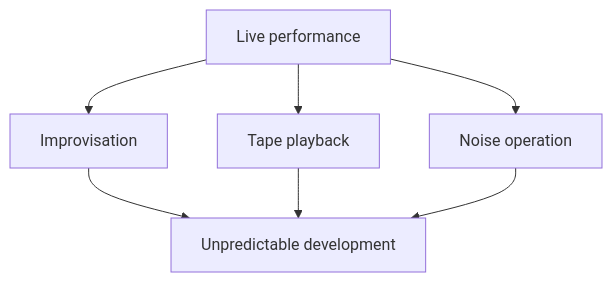
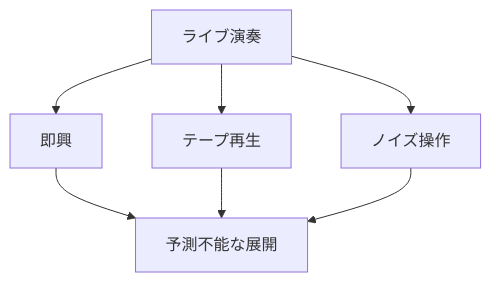
The sixth of 10 diagrams in en/_posts/2026-05-16-column-this-heat.md (monumental-movement/monumental-movement.github.io), drawn with Mermaid before and after one commit. The commit also changed other lines of this file and 2196 other files, not shown here.

```diff
--- a/en/_posts/2026-05-16-column-this-heat.md
+++ b/en/_posts/2026-05-16-column-this-heat.md
@@ -229,9 +229,9 @@
 <div class="mermaid">
 flowchart TD
-A["Live performance"] --> B["Improvisation"]
-A --> C["Tape playback"]
-A --> D["Noise operation"]
-B --> E["Unpredictable development"]
+A["ライブ演奏"] --> B["即興"]
+A --> C["テープ再生"]
+A --> D["ノイズ操作"]
+B --> E["予測不能な展開"]
 C --> E
 D --> E
 </div>
```
